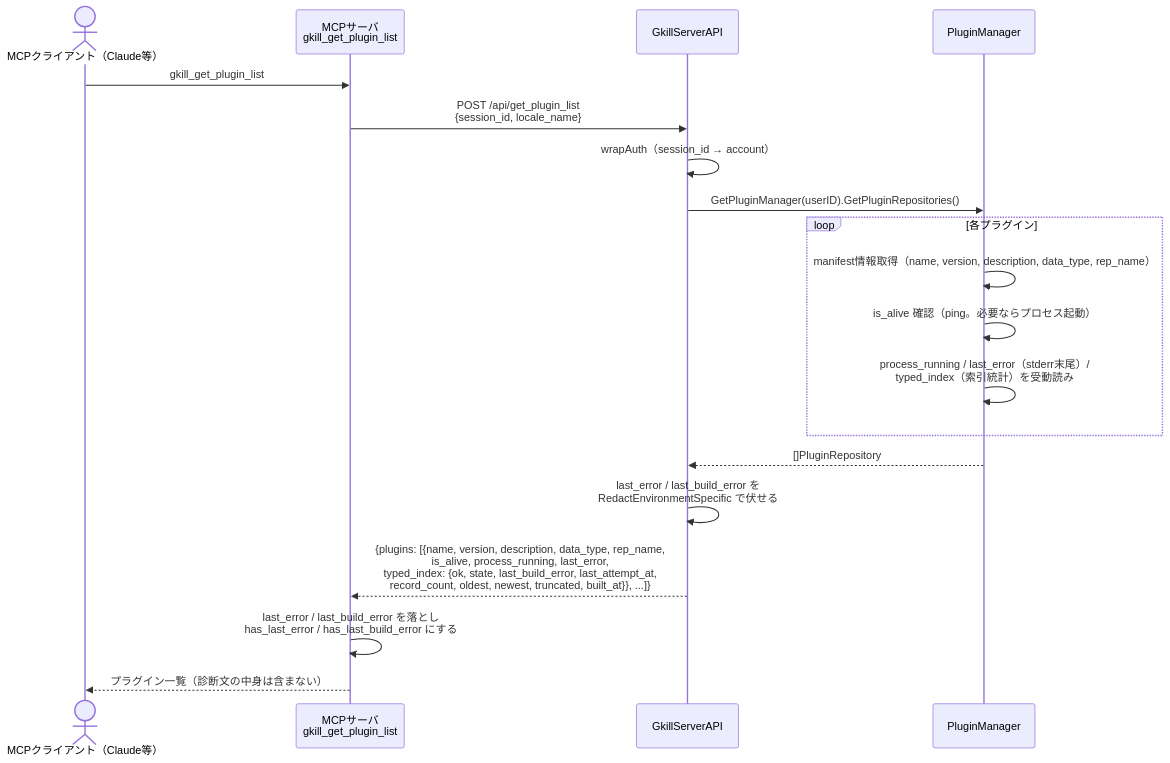
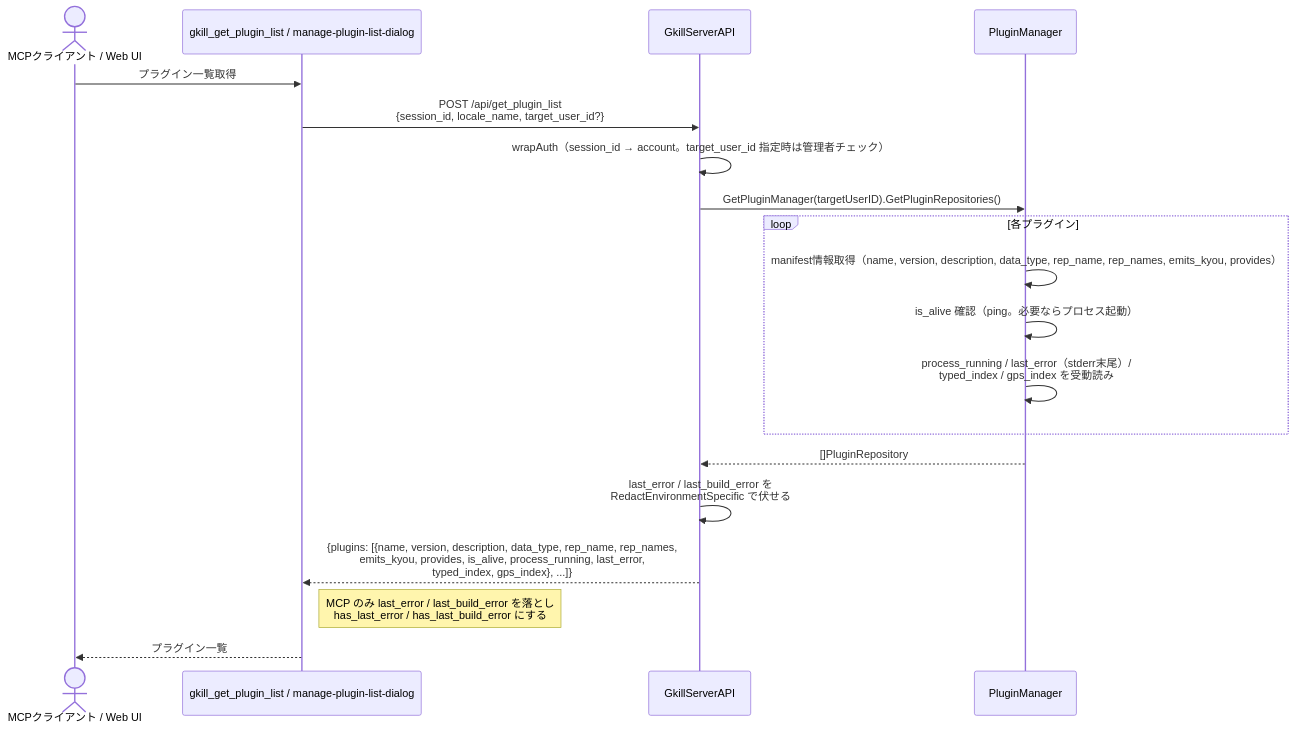
Before and after one commit to mt3hr/gkill: diagram 20 of 30 in documents/reverse/sequence-diagrams.md, drawn with Mermaid. The commit also changed other lines of this file and 220 other files, not shown here.

````diff
--- a/documents/reverse/sequence-diagrams.md
+++ b/documents/reverse/sequence-diagrams.md
@@ -747,22 +739,22 @@
 ```mermaid
 sequenceDiagram
-    actor Client as MCPクライアント（Claude等）
-    participant MCP as MCPサーバ<br>gkill_get_plugin_list
+    actor Client as MCPクライアント / Web UI
+    participant Caller as gkill_get_plugin_list / manage-plugin-list-dialog
     participant API as GkillServerAPI
     participant PluginMgr as PluginManager
 
-    Client->>MCP: gkill_get_plugin_list
-    MCP->>API: POST /api/get_plugin_list<br>{session_id, locale_name}
-    API->>API: wrapAuth（session_id → account）
-    API->>PluginMgr: GetPluginManager(userID).GetPluginRepositories()
+    Client->>Caller: プラグイン一覧取得
+    Caller->>API: POST /api/get_plugin_list<br>{session_id, locale_name, target_user_id?}
+    API->>API: wrapAuth（session_id → account。target_user_id 指定時は管理者チェック）
+    API->>PluginMgr: GetPluginManager(targetUserID).GetPluginRepositories()
     loop 各プラグイン
-        PluginMgr->>PluginMgr: manifest情報取得（name, version, description, data_type, rep_name）
+        PluginMgr->>PluginMgr: manifest情報取得（name, version, description, data_type, rep_name, rep_names, emits_kyou, provides）
         PluginMgr->>PluginMgr: is_alive 確認（ping。必要ならプロセス起動）
-        PluginMgr->>PluginMgr: process_running / last_error（stderr末尾）/<br>typed_index（索引統計）を受動読み
+        PluginMgr->>PluginMgr: process_running / last_error（stderr末尾）/<br>typed_index / gps_index を受動読み
     end
     PluginMgr-->>API: []PluginRepository
     API->>API: last_error / last_build_error を<br>RedactEnvironmentSpecific で伏せる
-    API-->>MCP: {plugins: [{name, version, description, data_type, rep_name,<br>is_alive, process_running, last_error,<br>typed_index: {ok, state, last_build_error, last_attempt_at,<br>record_count, oldest, newest, truncated, built_at}}, ...]}
-    MCP->>MCP: last_error / last_build_error を落とし<br>has_last_error / has_last_build_error にする
-    MCP-->>Client: プラグイン一覧（診断文の中身は含まない）
+    API-->>Caller: {plugins: [{name, version, description, data_type, rep_name, rep_names,<br>emits_kyou, provides, is_alive, process_running, last_error,<br>typed_index, gps_index}, ...]}
+    Note right of Caller: MCP のみ last_error / last_build_error を落とし<br>has_last_error / has_last_build_error にする
+    Caller-->>Client: プラグイン一覧
 ```
````
